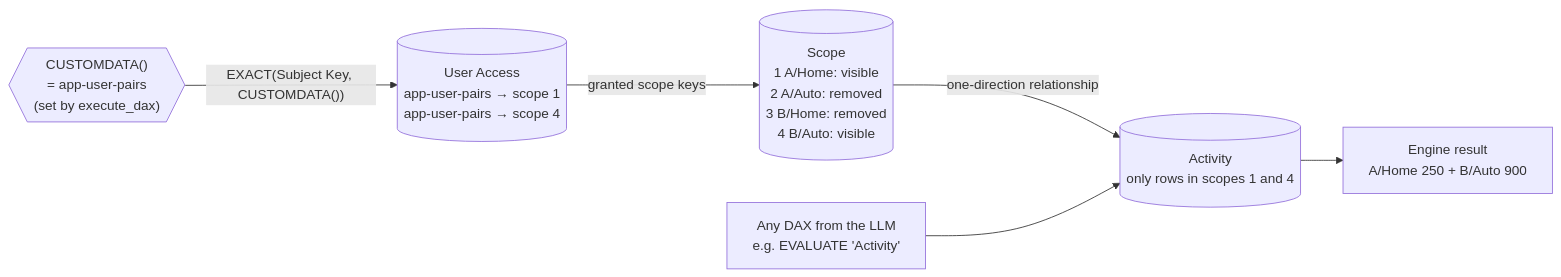
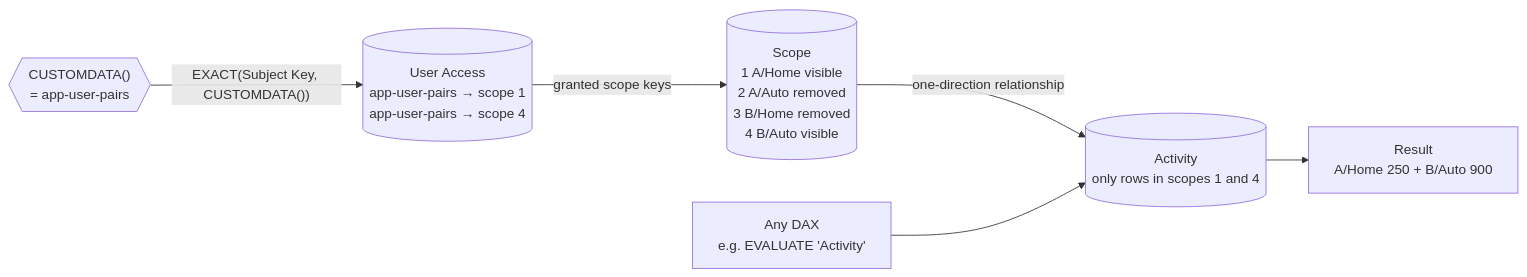
Before and after one commit to bgbailey/fabric-iq-app-identity-rls: the third of 3 diagrams in README.md, drawn with Mermaid. The commit also changed other lines of this file and 191 other files, not shown here.

````diff
--- a/README.md
+++ b/README.md
@@ -226,15 +151,13 @@
 ```mermaid
 flowchart LR
-    Q["Any DAX from the LLM<br/>e.g. EVALUATE 'Activity'"]
-    CD{{"CUSTOMDATA()<br/>= app-user-pairs<br/>(set by execute_dax)"}}
+    Q["Any DAX<br/>e.g. EVALUATE 'Activity'"]
+    CD{{"CUSTOMDATA()<br/>= app-user-pairs"}}
     UA[("User Access<br/>app-user-pairs → scope 1<br/>app-user-pairs → scope 4")]
-    SC[("Scope<br/>1 A/Home: visible<br/>2 A/Auto: removed<br/>3 B/Home: removed<br/>4 B/Auto: visible")]
+    SC[("Scope<br/>1 A/Home visible<br/>2 A/Auto removed<br/>3 B/Home removed<br/>4 B/Auto visible")]
     AC[("Activity<br/>only rows in scopes 1 and 4")]
-    R["Engine result<br/>A/Home 250 + B/Auto 900"]
-
+    R["Result<br/>A/Home 250 + B/Auto 900"]
     CD -- "EXACT(Subject Key, CUSTOMDATA())" --> UA
     UA -- "granted scope keys" --> SC
     SC -- "one-direction relationship" --> AC
-    Q --> AC
-    AC --> R
+    Q --> AC --> R
 ```
````
